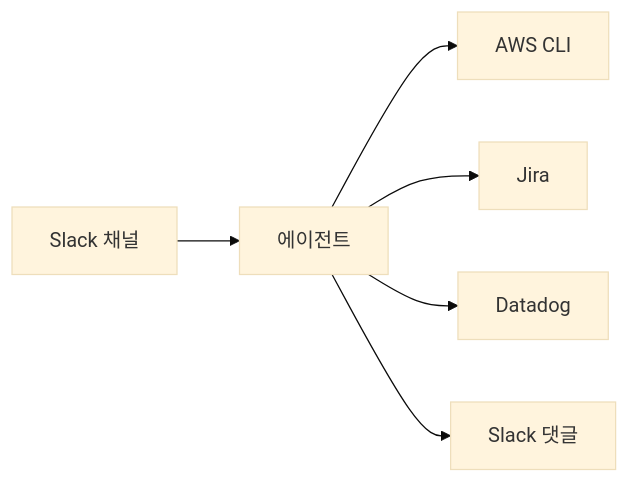
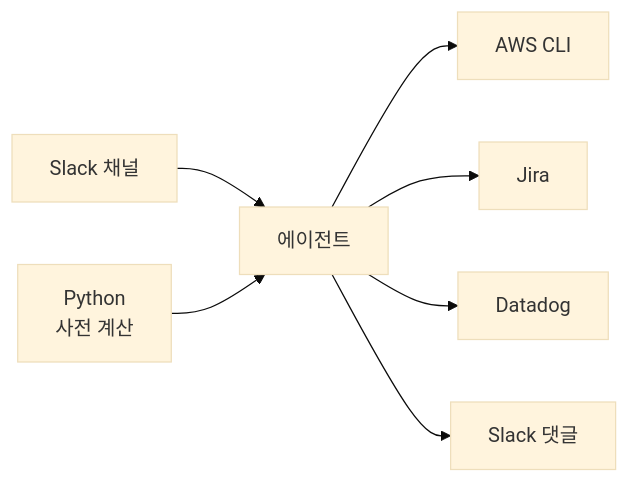
The diagram in content/ai/ai-infra-automation.md (kimduksoo/duksoo-tech-blog), drawn with Mermaid (base theme) before and after one commit.

Commit message:
시스템 개요 다이어그램에 Python 사전 계산 추가

````diff
--- a/content/ai/ai-infra-automation.md
+++ b/content/ai/ai-infra-automation.md
@@ -26,8 +26,9 @@
 ```mermaid
 flowchart LR
     Slack[Slack 채널] --> Agent[에이전트]
+    Code[Python<br/>사전 계산] --> Agent
     Agent --> AWS[AWS CLI]
     Agent --> Jira[Jira]
     Agent --> DD[Datadog]
     Agent --> Reply[Slack 댓글]
 ```
````
